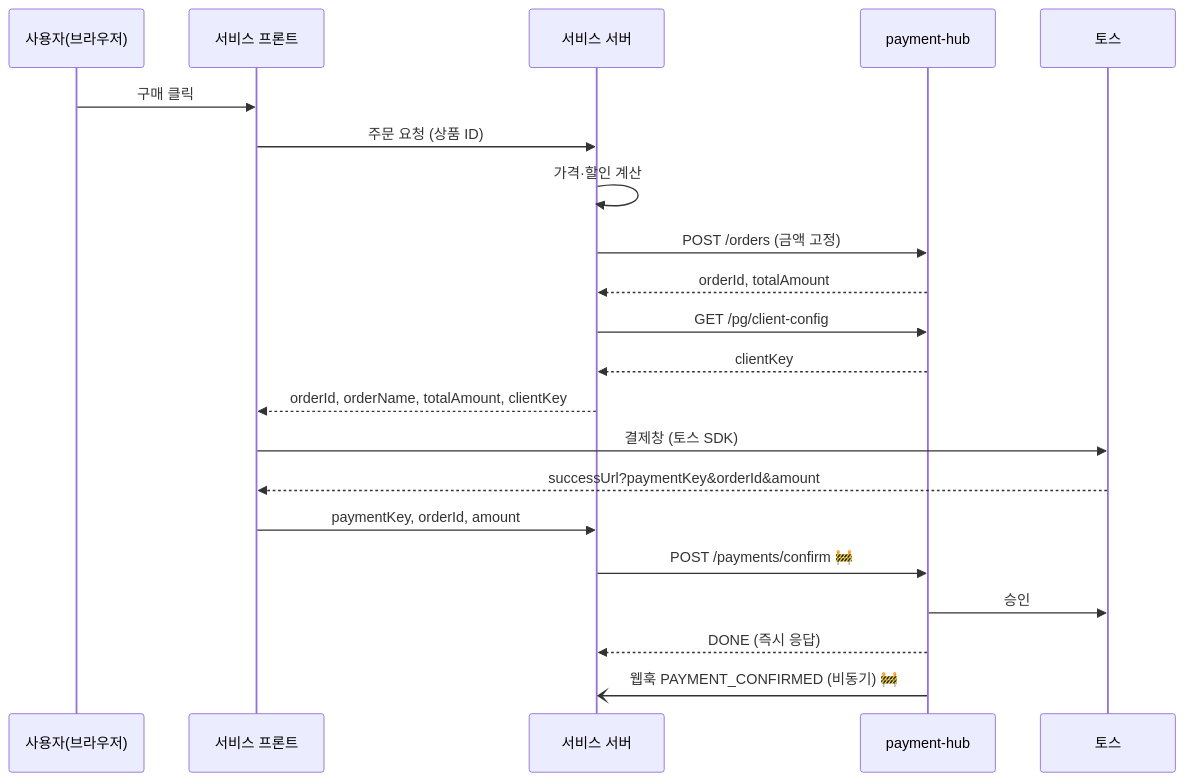
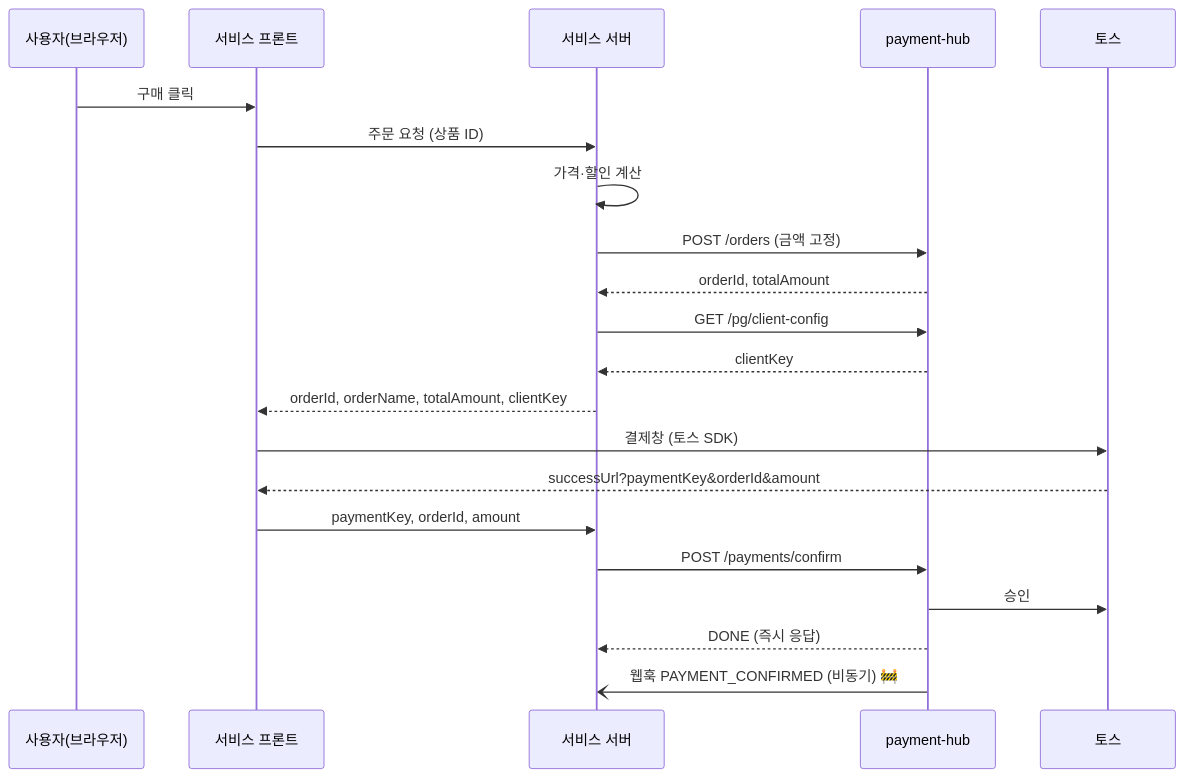
Before and after one commit to kimvudghk11/payment-hub: the diagram in docs/guides/service-integration.md, drawn with Mermaid. The commit also changed other lines of this file and 45 other files, not shown here.

````diff
--- a/docs/guides/service-integration.md
+++ b/docs/guides/service-integration.md
@@ -165,23 +166,23 @@
 ```mermaid
 sequenceDiagram
     participant U as 사용자(브라우저)
     participant F as 서비스 프론트
     participant S as 서비스 서버
     participant H as payment-hub
     participant T as 토스
     U->>F: 구매 클릭
     F->>S: 주문 요청 (상품 ID)
     S->>S: 가격·할인 계산
     S->>H: POST /orders  (금액 고정)
     H-->>S: orderId, totalAmount
     S->>H: GET /pg/client-config
     H-->>S: clientKey
     S-->>F: orderId, orderName, totalAmount, clientKey
     F->>T: 결제창 (토스 SDK)
     T-->>F: successUrl?paymentKey&orderId&amount
     F->>S: paymentKey, orderId, amount
-    S->>H: POST /payments/confirm 🚧
+    S->>H: POST /payments/confirm
     H->>T: 승인
     H-->>S: DONE (즉시 응답)
     H-)S: 웹훅 PAYMENT_CONFIRMED (비동기) 🚧
 ```
````
